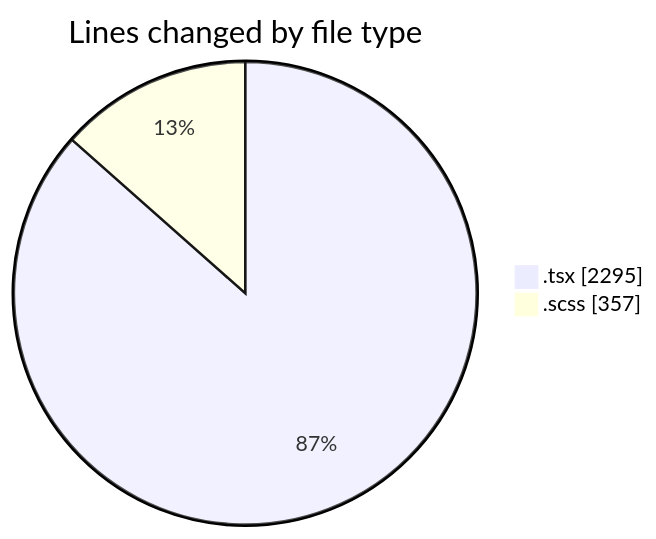
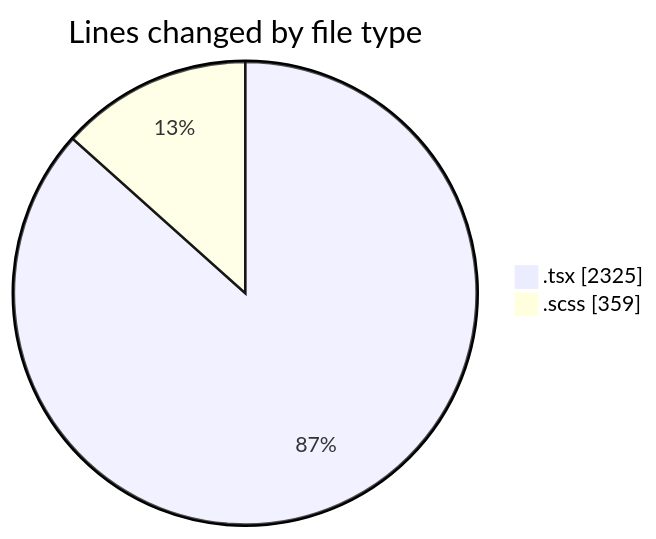
One commit to momahboobian/code-tracking changed the first of 2 diagrams in 2025-09-30/cda/README.md. Above: the diagram before and after it, drawn with Mermaid. The commit also changed other lines of this file and 1 other file, not shown here.

````diff
--- a/2025-09-30/cda/README.md
+++ b/2025-09-30/cda/README.md
@@ -23,6 +23,6 @@
 ```mermaid
 pie showData
 title Lines changed by file type
-".tsx" : 2295
-".scss" : 357
+".tsx" : 2325
+".scss" : 359
 ```
````
